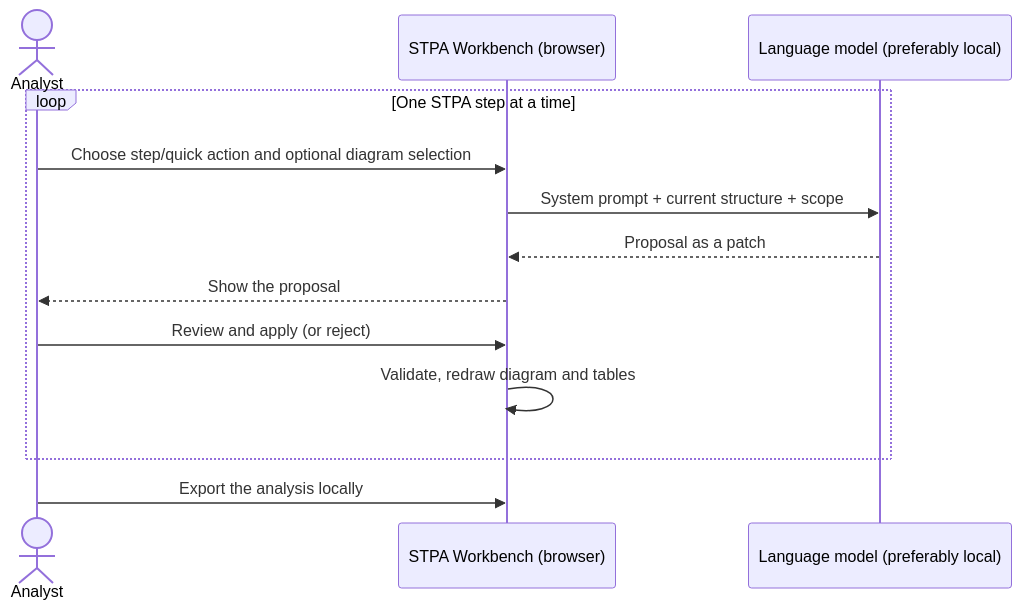
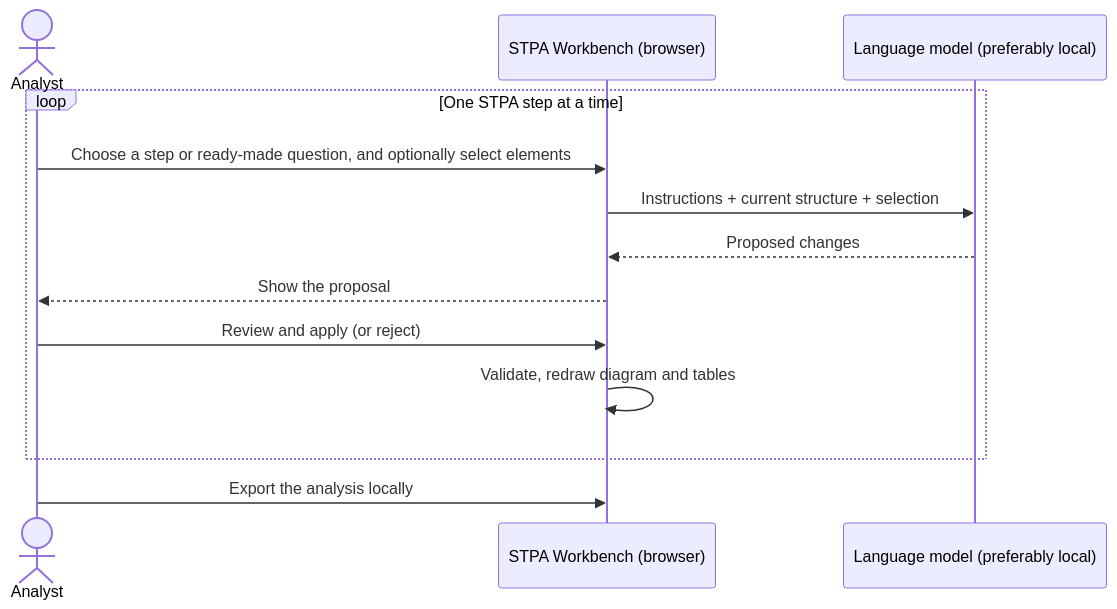
One commit to larswpettersson/hfa-ds changed the third of 3 diagrams in ARCHITECTURE.md. Above: the diagram before and after it, drawn with Mermaid. The commit also changed other lines of this file and 1 other file, not shown here.

First line of the commit message:
Docs: plainer wording in the architecture documents

````diff
--- a/ARCHITECTURE.md
+++ b/ARCHITECTURE.md
@@ -189,16 +189,16 @@
 ```mermaid
 sequenceDiagram
     actor An as Analyst
     participant WB as STPA Workbench (browser)
     participant LLM as Language model (preferably local)
 
     loop One STPA step at a time
-        An->>WB: Choose step/quick action and optional diagram selection
-        WB->>LLM: System prompt + current structure + scope
-        LLM-->>WB: Proposal as a patch
+        An->>WB: Choose a step or ready-made question, and optionally select elements
+        WB->>LLM: Instructions + current structure + selection
+        LLM-->>WB: Proposed changes
         WB-->>An: Show the proposal
         An->>WB: Review and apply (or reject)
         WB->>WB: Validate, redraw diagram and tables
     end
     An->>WB: Export the analysis locally
 ```
````
